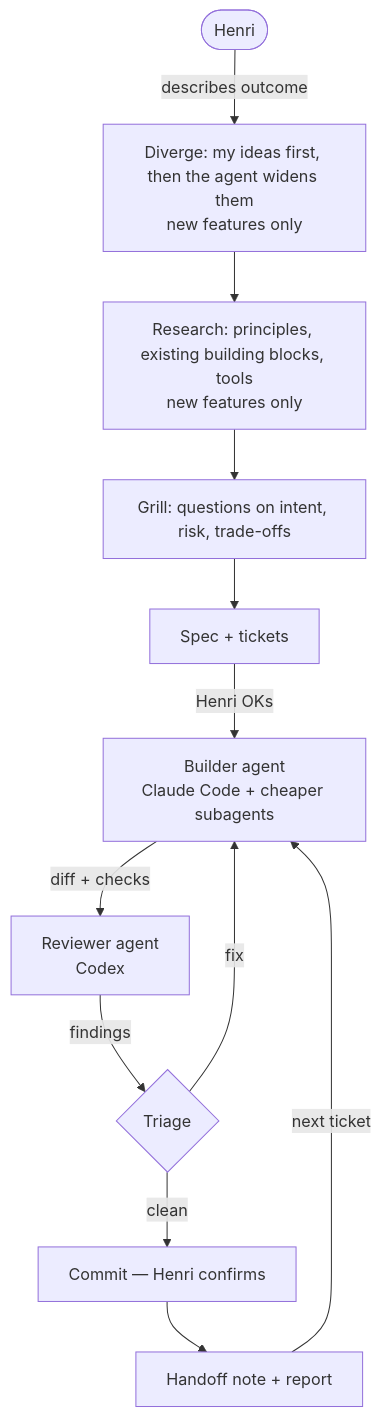
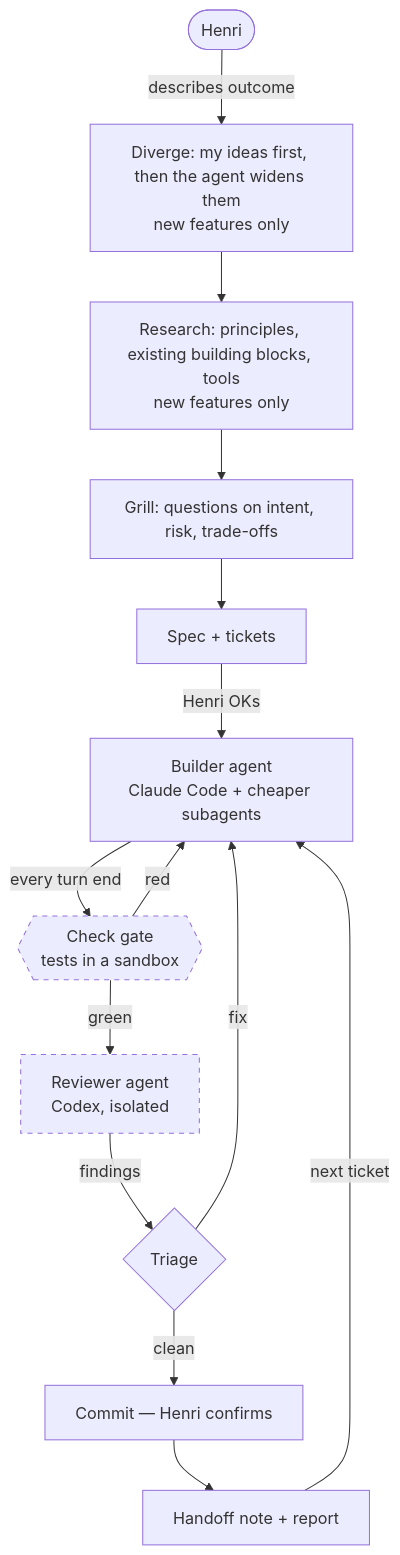
The first of 3 diagrams in README.md (henribauer/how-i-build), drawn with Mermaid before and after one commit. The commit also changed other lines of this file, not shown here.

First line of the commit message:
docs: add the check gate and isolated review to the loop and its diagrams

````diff
--- a/README.md
+++ b/README.md
@@ -22,14 +23,18 @@
 ```mermaid
 flowchart TD
     H([Henri]) -->|describes outcome| D[Diverge: my ideas first, then the agent widens them<br/>new features only]
     D --> RS[Research: principles, existing building blocks, tools<br/>new features only]
     RS --> G[Grill: questions on intent, risk, trade-offs]
     G --> S[Spec + tickets]
     S -->|Henri OKs| B[Builder agent<br/>Claude Code + cheaper subagents]
-    B -->|diff + checks| R[Reviewer agent<br/>Codex]
+    B -->|every turn end| CG{{Check gate<br/>tests in a sandbox}}
+    CG -->|red| B
+    CG -->|green| R[Reviewer agent<br/>Codex, isolated]
     R -->|findings| T{Triage}
     T -->|fix| B
     T -->|clean| C[Commit — Henri confirms]
     C --> N[Handoff note + report]
     N -->|next ticket| B
+    classDef next stroke-dasharray: 5 5
+    class CG,R next
 ```
````
